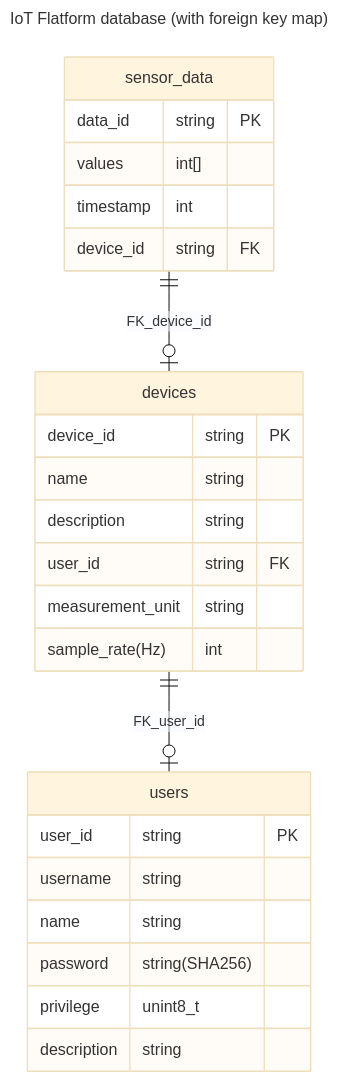
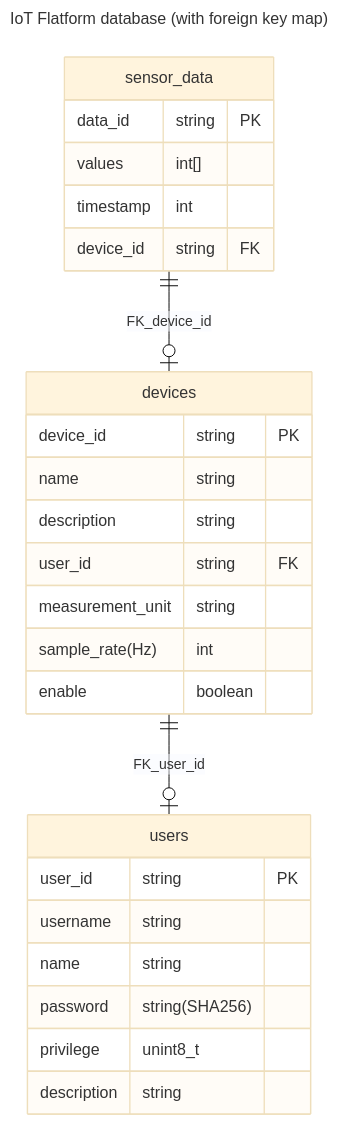
The second of 2 diagrams in iot-platform/database-schema.md (sonnt0201/docs), drawn with Mermaid (base theme) before and after one commit. The commit also changed other lines of this file and 1 other file, not shown here.

Commit message:
update odds and ends

````diff
--- a/iot-platform/database-schema.md
+++ b/iot-platform/database-schema.md
@@ -95,35 +96,36 @@
 ```mermaid
 ---
 title: IoT Flatform database (with foreign key map)
 ---
 erDiagram 
    %% define entities
    users {
         user_id string PK
         username string 
         name string
         password string(SHA256)
         privilege unint8_t
         description string
    }
 
    devices {
         device_id string PK
         name string
         description string
         user_id string FK
         measurement_unit string
-        sample_rate(Hz) int  
+        sample_rate(Hz) int 
+        enable boolean
    }
 
    sensor_data {
         data_id string PK
         values int[]
         timestamp int
         device_id string FK
    }
 
    %% foreign key map
    devices ||--o| users: FK_user_id
     sensor_data ||--o| devices: FK_device_id
 ```
````
